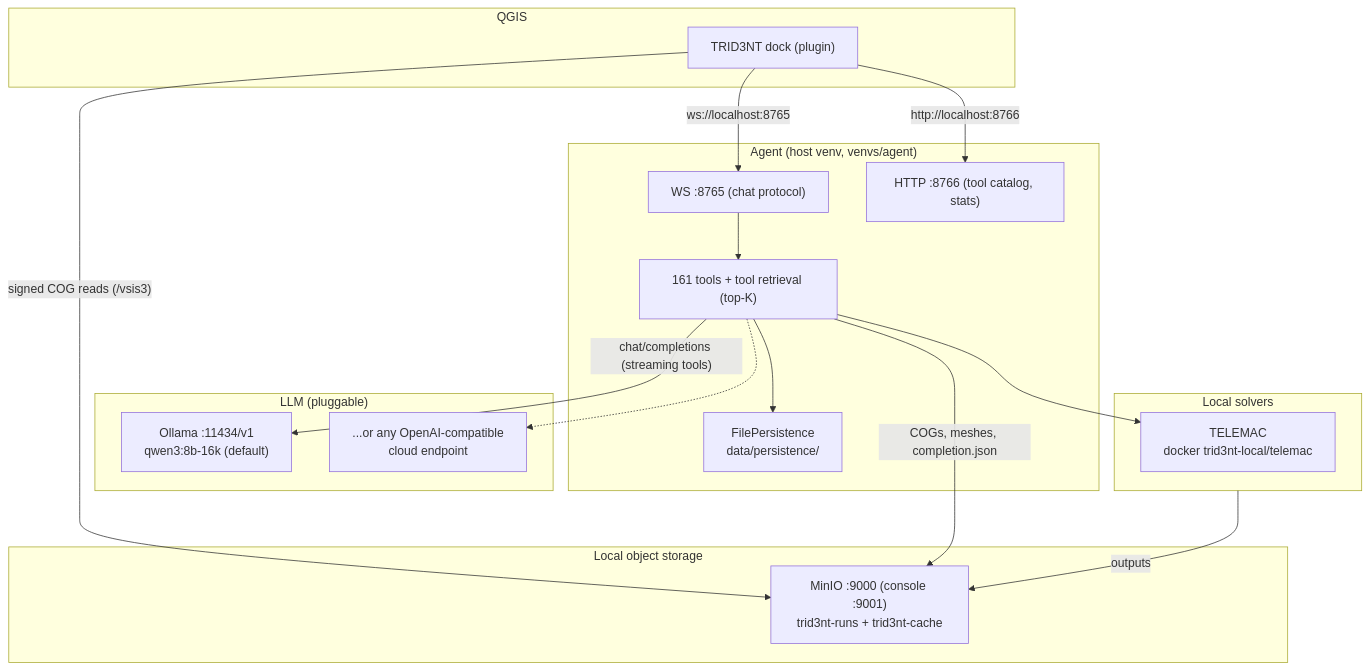
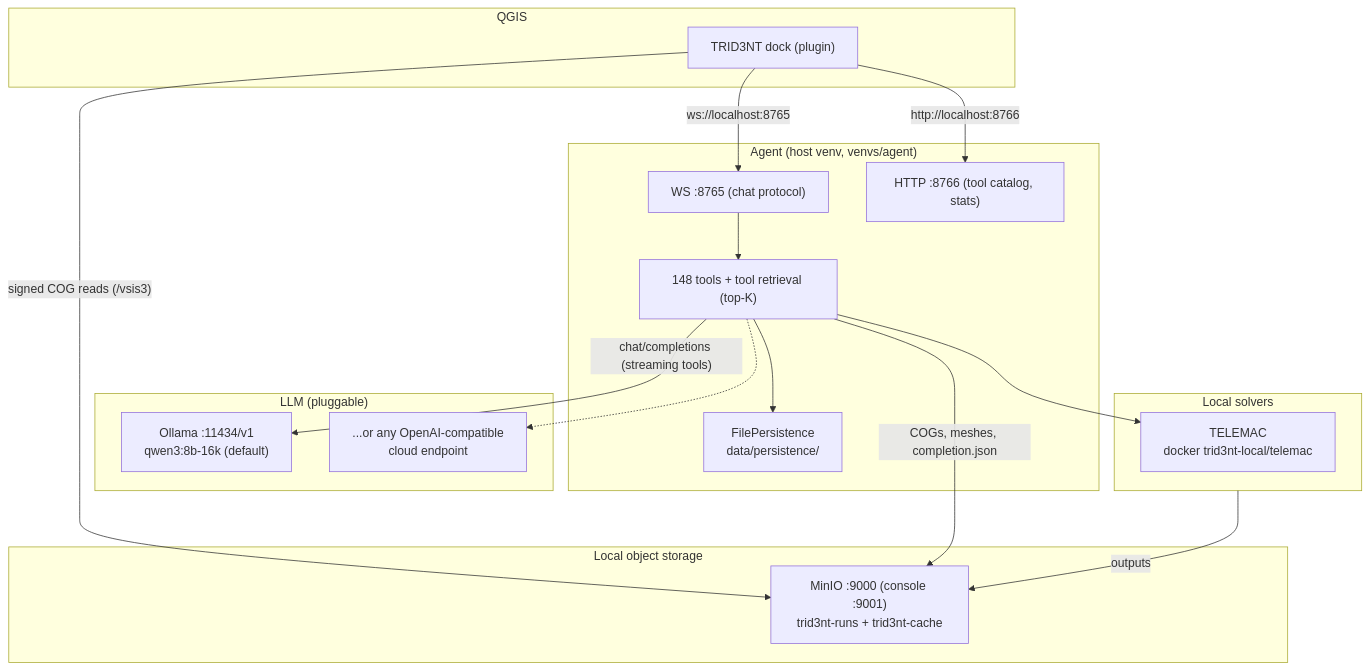
One commit to double-r-squared/trid3nt-qgis-plugin changed the diagram in docs/site/overview.md. Above: the diagram before and after it, drawn with Mermaid. The commit also changed 1 other file, not shown here.

Commit message:
docs: the site pages count the registry as it stands
The overview diagram and the models page both carried 161 registered tools; the
registry reads 148 after the thirteen reimplementations, spatial_query,
search_spatial_functions and code_exec_request left and the two session tools
and two fetchers arrived. The benchmark-time counts (176, 174) stay: they state
the conditions a measurement ran under.

Claude-Session: https://claude.ai/code/session_011wCduZ7TyoMtpZoGZfh2Rw

````diff
--- a/docs/site/overview.md
+++ b/docs/site/overview.md
@@ -39,37 +39,37 @@
 ```mermaid
 graph TD
     subgraph Client["QGIS"]
         Dock["TRID3NT dock (plugin)"]
     end
 
     subgraph Agent["Agent (host venv, venvs/agent)"]
         WS["WS :8765 (chat protocol)"]
         HTTP["HTTP :8766 (tool catalog, stats)"]
-        Tools["161 tools + tool retrieval (top-K)"]
+        Tools["148 tools + tool retrieval (top-K)"]
         FP["FilePersistence\ndata/persistence/"]
     end
 
     subgraph LLM["LLM (pluggable)"]
         Ollama["Ollama :11434/v1\nqwen3:8b-16k (default)"]
         CloudAPI["...or any OpenAI-compatible\ncloud endpoint"]
     end
 
     subgraph Storage["Local object storage"]
         MinIO["MinIO :9000 (console :9001)\ntrid3nt-runs + trid3nt-cache"]
     end
 
     subgraph Solvers["Local solvers"]
         TELEMAC["TELEMAC\ndocker trid3nt-local/telemac"]
     end
 
     Dock -- "ws://localhost:8765" --> WS
     Dock -- "http://localhost:8766" --> HTTP
     Dock -- "signed COG reads (/vsis3)" --> MinIO
     WS --> Tools
     Tools -- "chat/completions (streaming tools)" --> Ollama
     Tools -.-> CloudAPI
     Tools --> FP
     Tools -- "COGs, meshes, completion.json" --> MinIO
     Tools --> TELEMAC
     Solvers -- "outputs" --> MinIO
 ```
````
